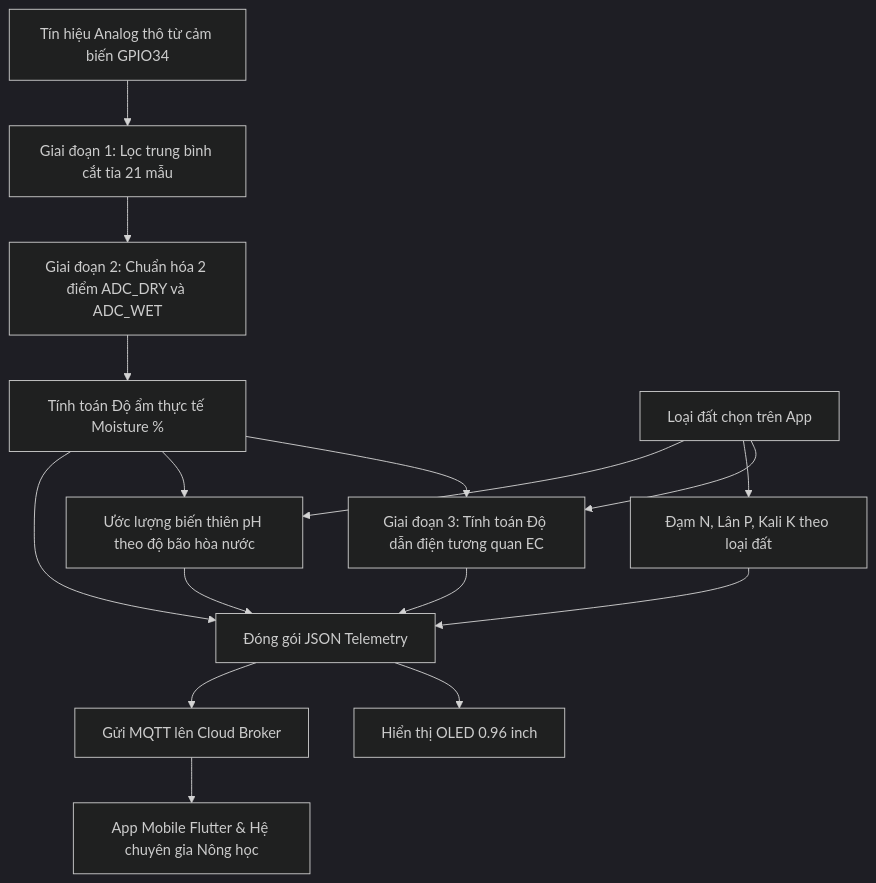
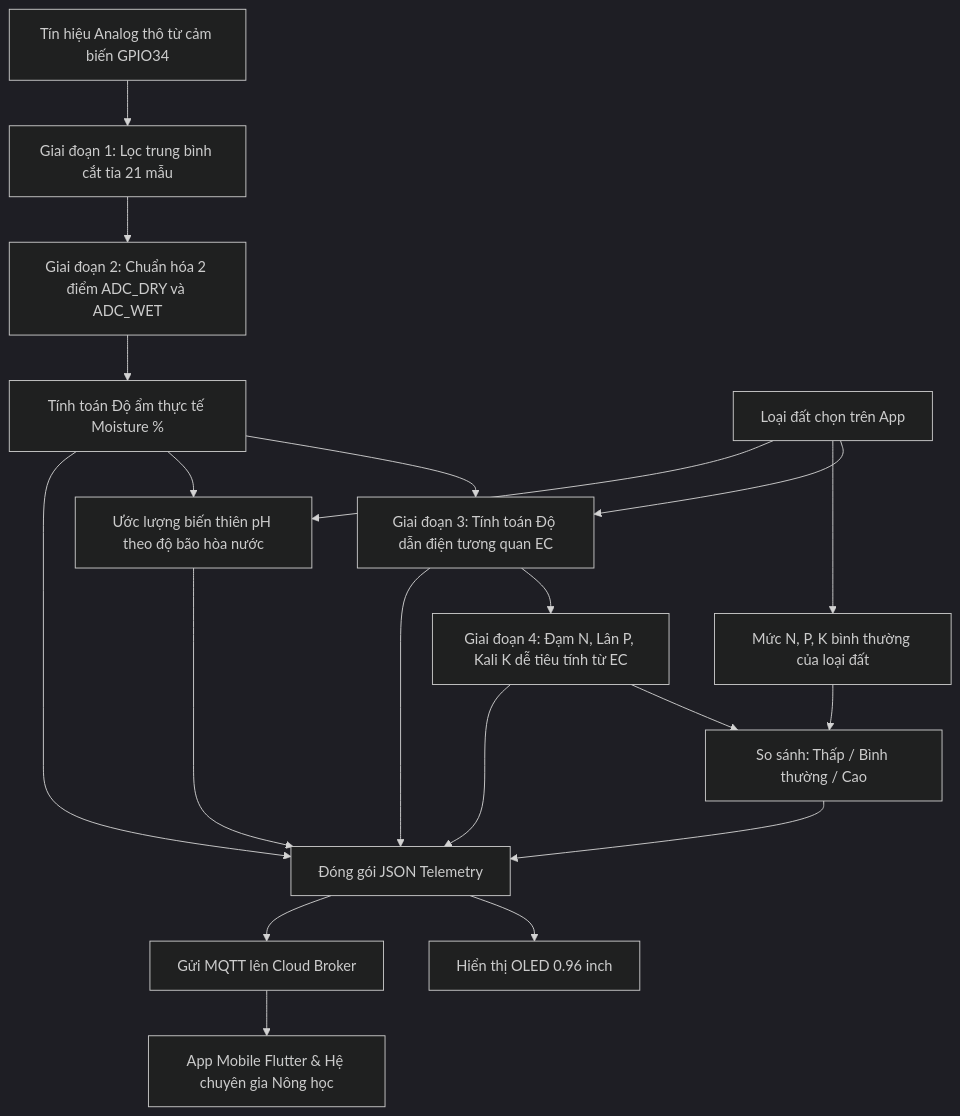
One commit to nguyenanhquan060205-lab/IoTs-project changed the diagram in SPECIFICATION.md. Above: the diagram before and after it, drawn with Mermaid (dark theme). The commit also changed other lines of this file and 3 other files, not shown here.

````diff
--- a/SPECIFICATION.md
+++ b/SPECIFICATION.md
@@ -71,17 +72,19 @@
 ```mermaid
 flowchart TD
     A[Tín hiệu Analog thô từ cảm biến GPIO34] --> B[Giai đoạn 1: Lọc trung bình cắt tỉa 21 mẫu]
     B --> C[Giai đoạn 2: Chuẩn hóa 2 điểm ADC_DRY và ADC_WET]
     C --> D[Tính toán Độ ẩm thực tế Moisture %]
     
     D --> E[Giai đoạn 3: Tính toán Độ dẫn điện tương quan EC]
     S[Loại đất chọn trên App] --> E
-    S --> F1[Đạm N, Lân P, Kali K theo loại đất]
+    E --> F1[Giai đoạn 4: Đạm N, Lân P, Kali K dễ tiêu tính từ EC]
+    S --> F2[Mức N, P, K bình thường của loại đất]
+    F1 & F2 --> F3[So sánh: Thấp / Bình thường / Cao]
     D --> F4[Ước lượng biến thiên pH theo độ bão hòa nước]
     S --> F4
     
-    F1 & F4 & D & E --> G[Đóng gói JSON Telemetry]
+    F1 & F3 & F4 & D & E --> G[Đóng gói JSON Telemetry]
     G --> H1[Hiển thị OLED 0.96 inch]
     G --> H2[Gửi MQTT lên Cloud Broker]
     H2 --> I[App Mobile Flutter & Hệ chuyên gia Nông học]
 ```
````
